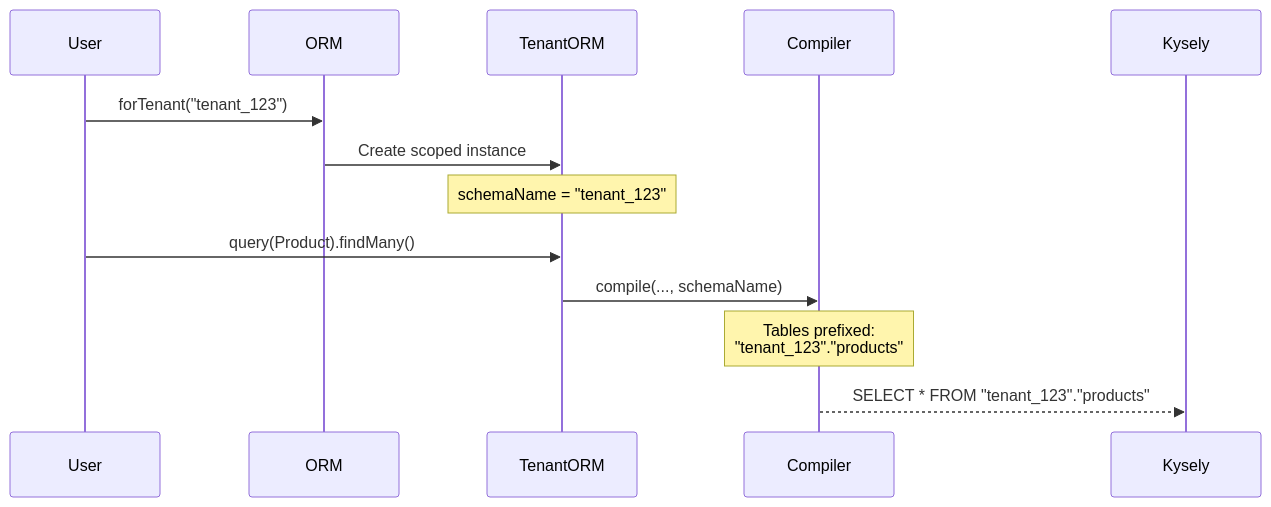
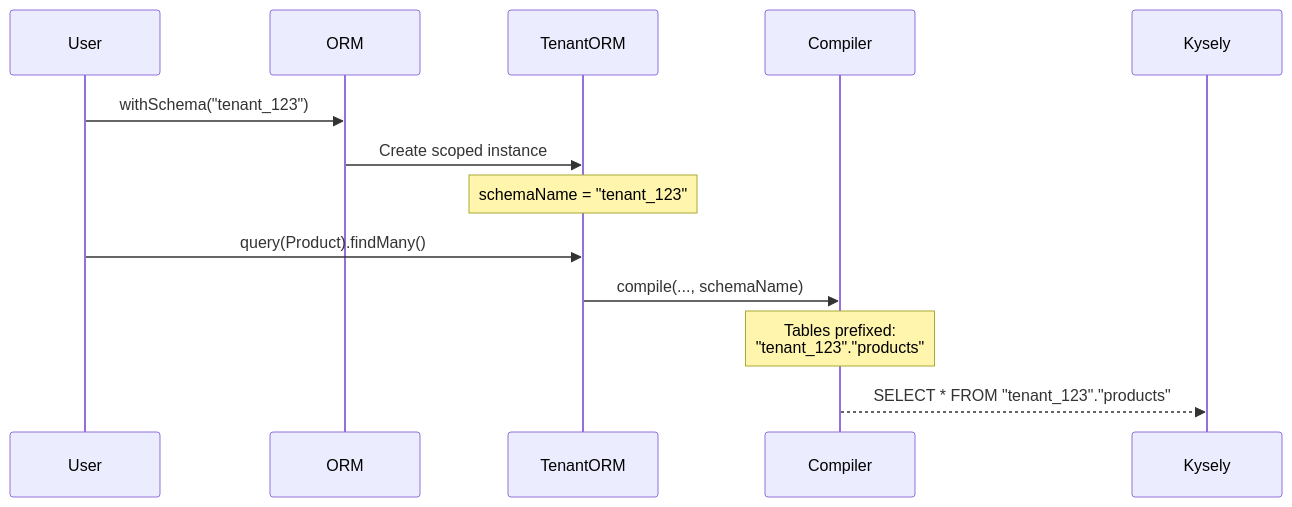
One commit to oorabona/db-semantic-planner changed the second of 3 diagrams in docs/reports/SECURITY_AUDIT_2026-01-07.md. Above: the diagram before and after it, drawn with Mermaid. The commit also changed other lines of this file and 102 other files, not shown here.

First line of the commit message:
feat(all): CLI-021 rename forTenant to withSchema

````diff
--- a/docs/reports/SECURITY_AUDIT_2026-01-07.md
+++ b/docs/reports/SECURITY_AUDIT_2026-01-07.md
@@ -244,17 +244,17 @@
 ```mermaid
 sequenceDiagram
     participant User
     participant ORM
     participant TenantORM
     participant Compiler
     participant Kysely
 
-    User->>ORM: forTenant("tenant_123")
+    User->>ORM: withSchema("tenant_123")
     ORM->>TenantORM: Create scoped instance
     Note over TenantORM: schemaName = "tenant_123"
 
     User->>TenantORM: query(Product).findMany()
     TenantORM->>Compiler: compile(..., schemaName)
     Note over Compiler: Tables prefixed:<br/>"tenant_123"."products"
     Compiler-->>Kysely: SELECT * FROM "tenant_123"."products"
 ```
````
